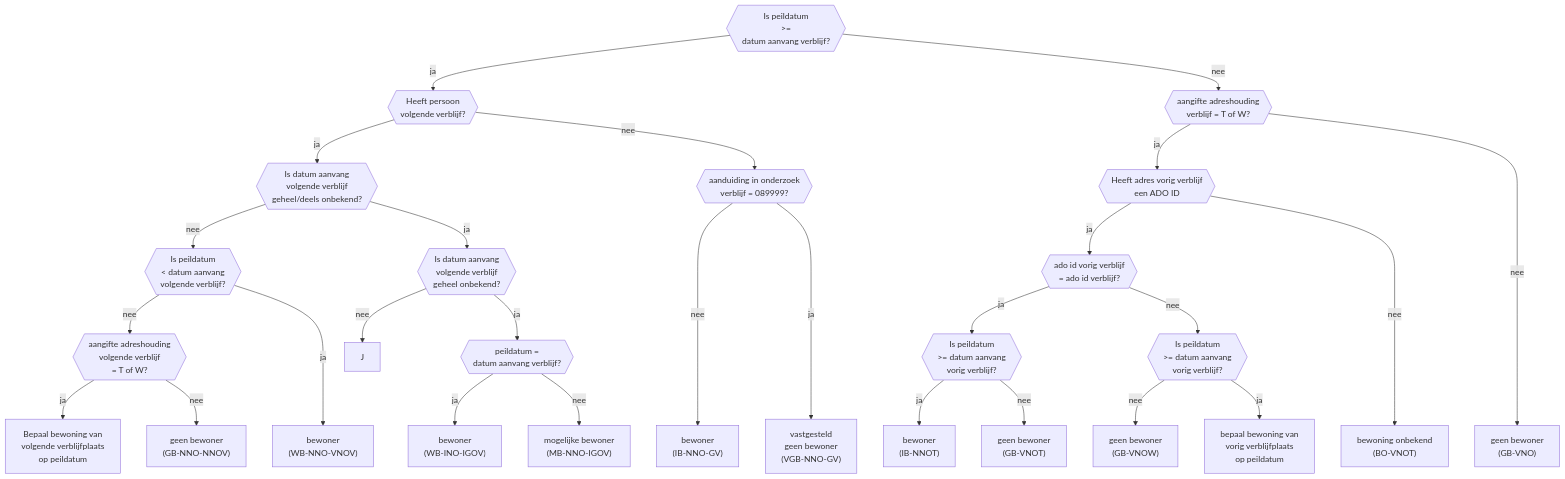
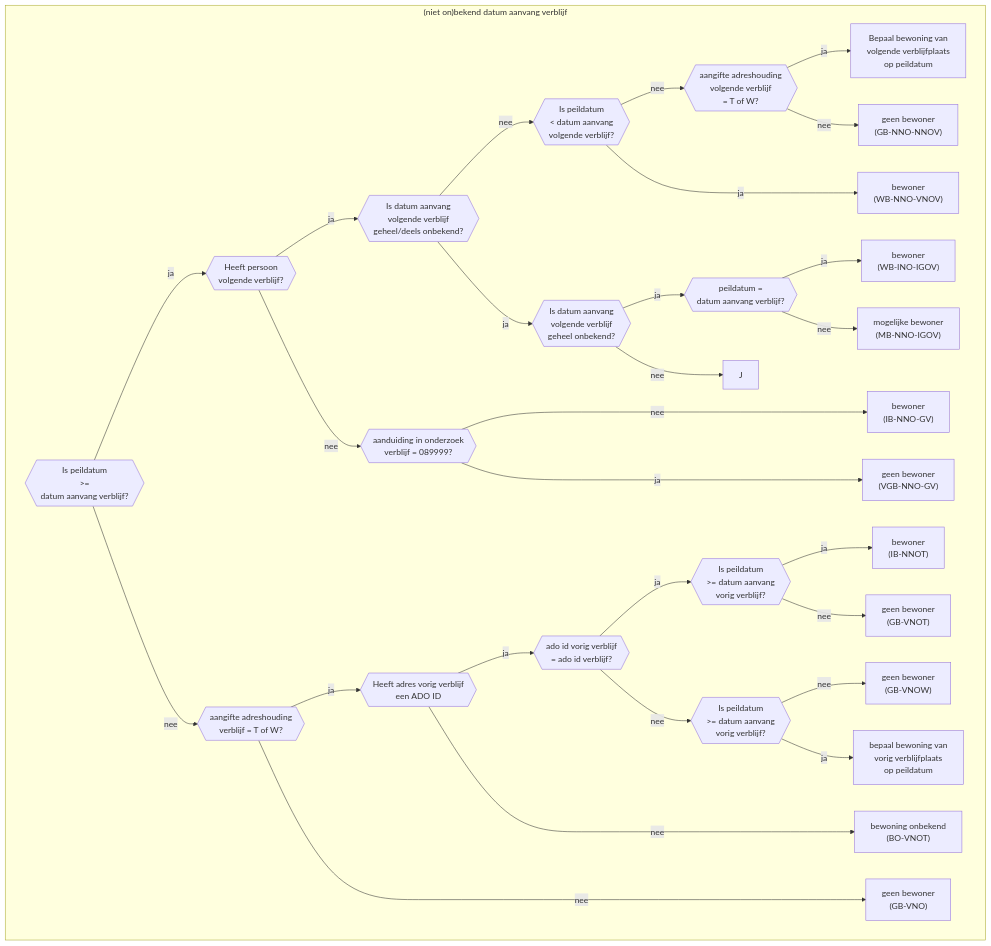
Before and after one commit to BRP-API/Haal-Centraal-BRP-bewoning: the second of 2 diagrams in docs/bewoning-op-peildatum.md, drawn with Mermaid. The commit also changed other lines of this file and 2 other files, not shown here.

Commit message:
chore(specs): opschorting bijhouding scenarios toegevoegd aan flowchart

````diff
--- a/docs/bewoning-op-peildatum.md
+++ b/docs/bewoning-op-peildatum.md
@@ -31,5 +56,8 @@
 ```mermaid
-flowchart TB
+flowchart
+
+subgraph NO["(niet on)bekend datum aanvang verblijf"]
+direction LR
 
 B{{"Is peildatum
 >=
@@ -119,8 +147,7 @@
 (IB-NNO-GV)"]
 %% persoon met bekend datum aanvang verblijf, geen volgend verblijf en peildatum valt op/na datum aanvang verblijf %%
 
-VGB-NNO-GV["vastgesteld
-geen bewoner
+VGB-NNO-GV["geen bewoner
 (VGB-NNO-GV)"]
 %% persoon met bekend datum aanvang verblijf, geen volgend verblijf, peildatum valt op/na datum aanvang verblijf en aanduiding in onderzoek = 089999 %%
 
@@ -152,4 +179,5 @@
 (MB-NNO-IGOV)"]
 %% persoon met bekend datum aanvang verblijf en geheel onbekend datum aanvang volgend verblijf en peildatum valt na datum aanvang verblijf %%
 
+end
 ```
````
